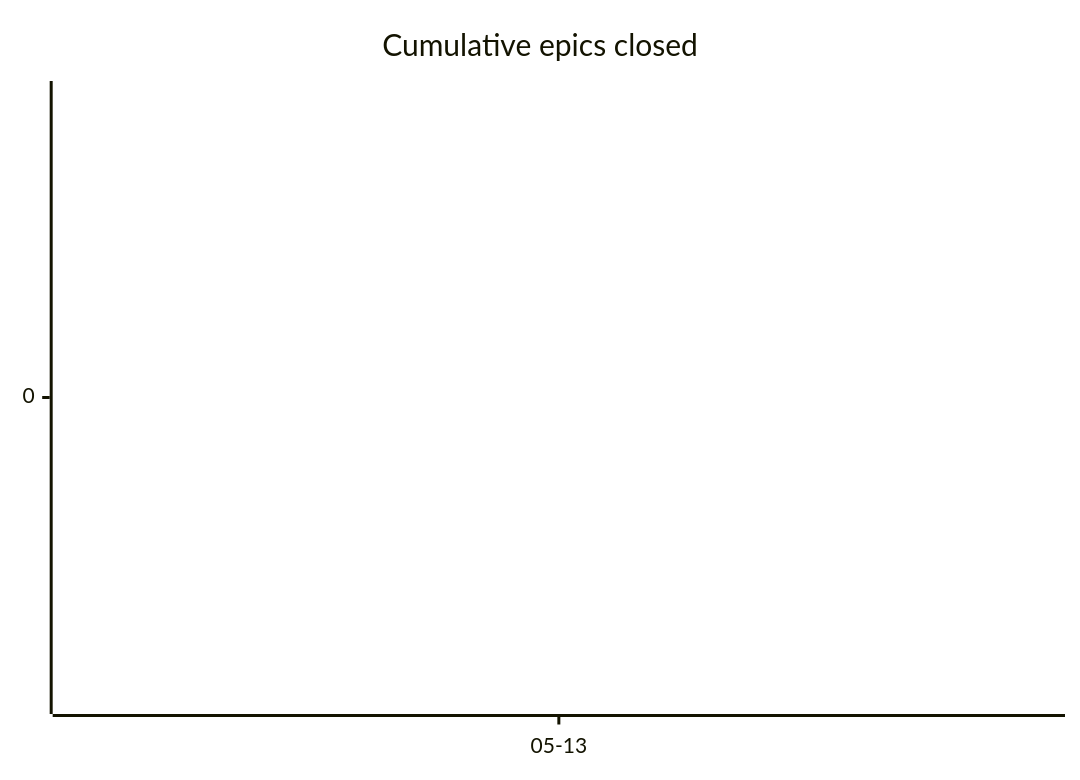
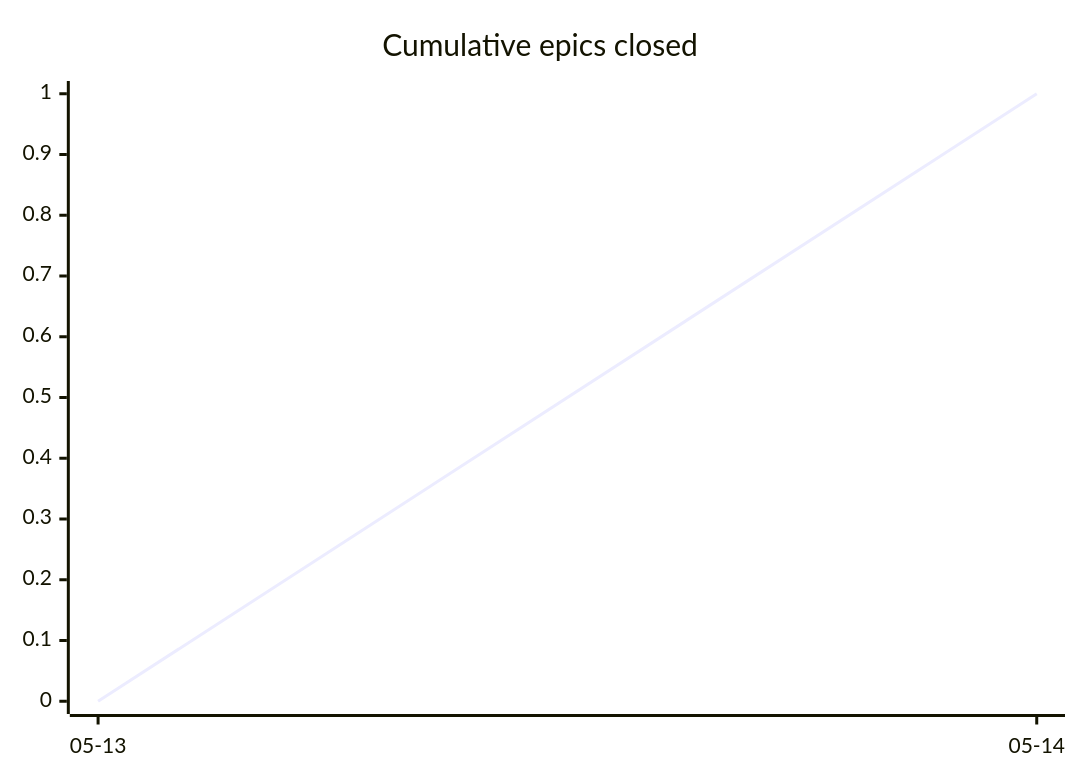
One commit to tgd1975/CircuitSmith changed the second of 3 diagrams in docs/developers/tasks/OVERVIEW.md. Above: the diagram before and after it, drawn with Mermaid. The commit also changed other lines of this file and 43 other files, not shown here.

````diff
--- a/docs/developers/tasks/OVERVIEW.md
+++ b/docs/developers/tasks/OVERVIEW.md
@@ -30,6 +30,6 @@
 ```mermaid
 xychart-beta
     title "Cumulative epics closed"
-    x-axis ["05-13"]
-    line [0]
+    x-axis ["05-13", "05-14"]
+    line [0, 1]
 ```
````
